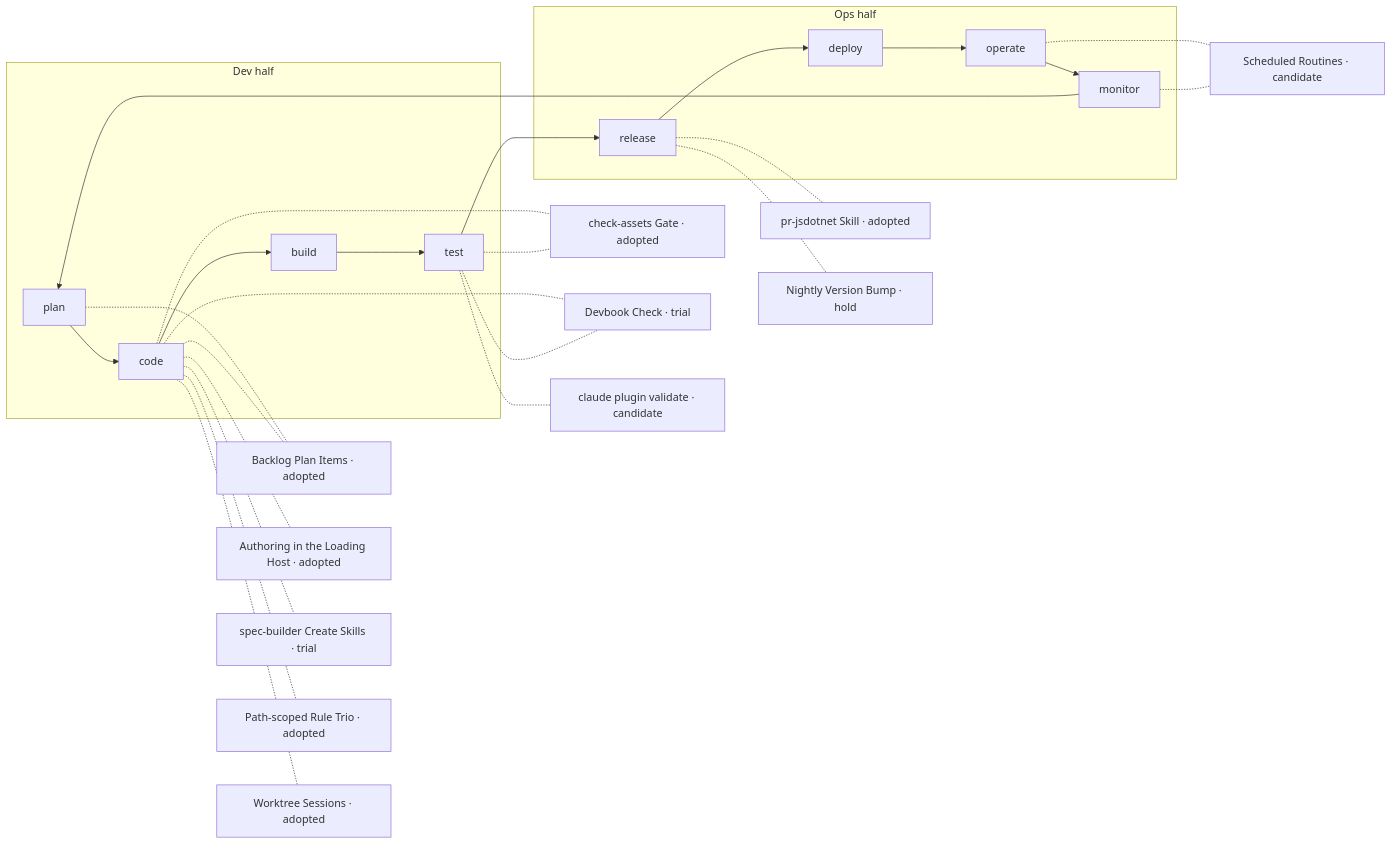
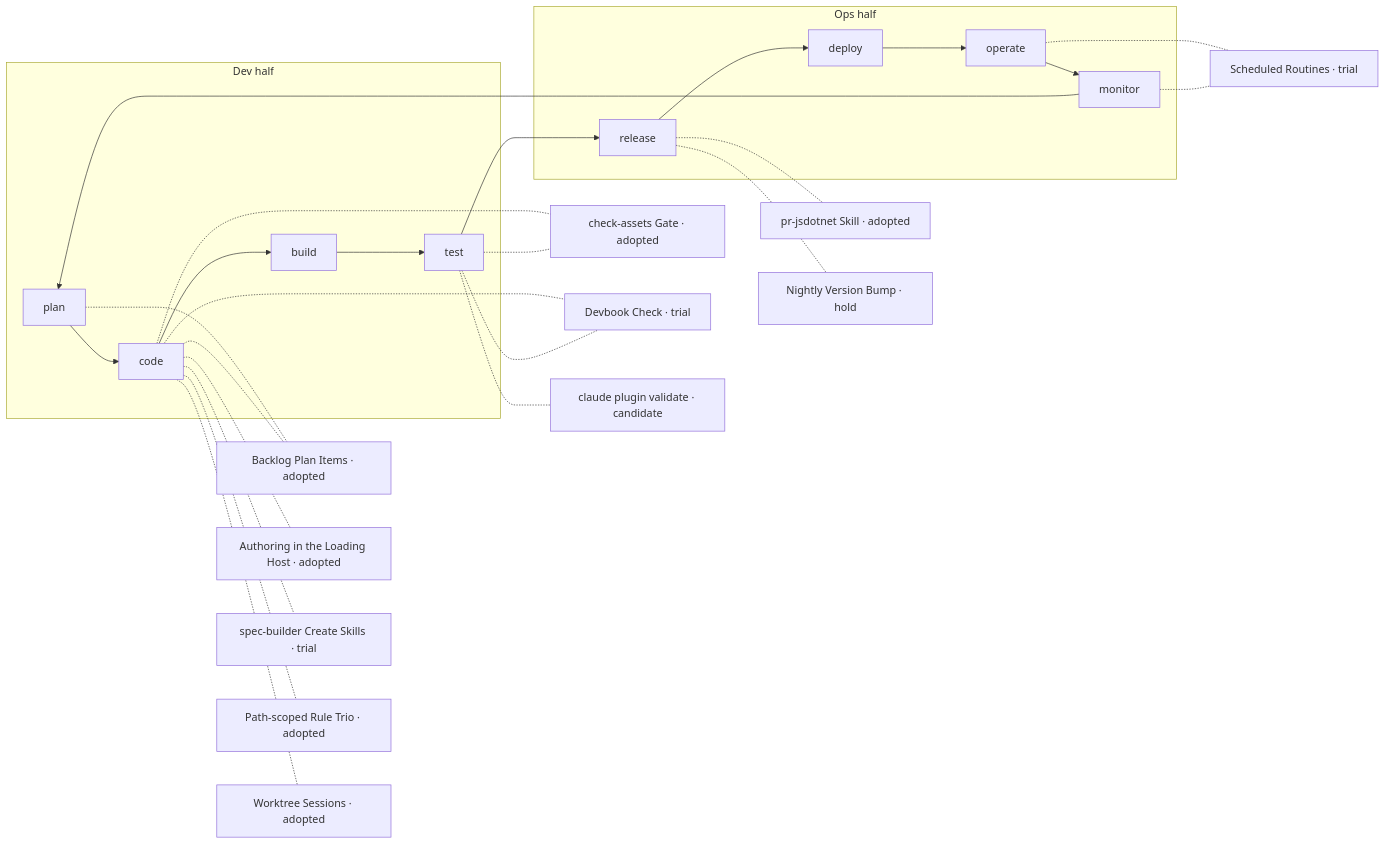
Before and after one commit to JSdotNet/ai-plugins: the diagram in .devbook/ai/adoption-map.md, drawn with Mermaid. The commit also changed other lines of this file and 1 other file, not shown here.

Commit message:
docs(devbook): rate Scheduled Routines trial now seven target ai-plugins
The seven local desktop routines are recorded in the chapter, which
depends on Claude Desktop as the scheduler; the adoption map follows.

````diff
--- a/.devbook/ai/adoption-map.md
+++ b/.devbook/ai/adoption-map.md
@@ -26,32 +26,32 @@
 ```mermaid
 flowchart LR
     subgraph dev[Dev half]
         plan[plan]
         code[code]
         build[build]
         test[test]
     end
     subgraph ops[Ops half]
         release[release]
         deploy[deploy]
         operate[operate]
         monitor[monitor]
     end
     plan --> code --> build --> test --> release --> deploy --> operate --> monitor --> plan
 
     plan -.- backlog["Backlog Plan Items · adopted"]
     code -.- backlog
     code -.- host["Authoring in the Loading Host · adopted"]
     code -.- create["spec-builder Create Skills · trial"]
     code -.- trio["Path-scoped Rule Trio · adopted"]
     code -.- worktree["Worktree Sessions · adopted"]
     code -.- gate["check-assets Gate · adopted"]
     code -.- devbook["Devbook Check · trial"]
     test -.- gate
     test -.- devbook
     test -.- validate["claude plugin validate · candidate"]
     release -.- pr["pr-jsdotnet Skill · adopted"]
     release -.- bump["Nightly Version Bump · hold"]
-    operate -.- routines["Scheduled Routines · candidate"]
+    operate -.- routines["Scheduled Routines · trial"]
     monitor -.- routines
 ```
````
